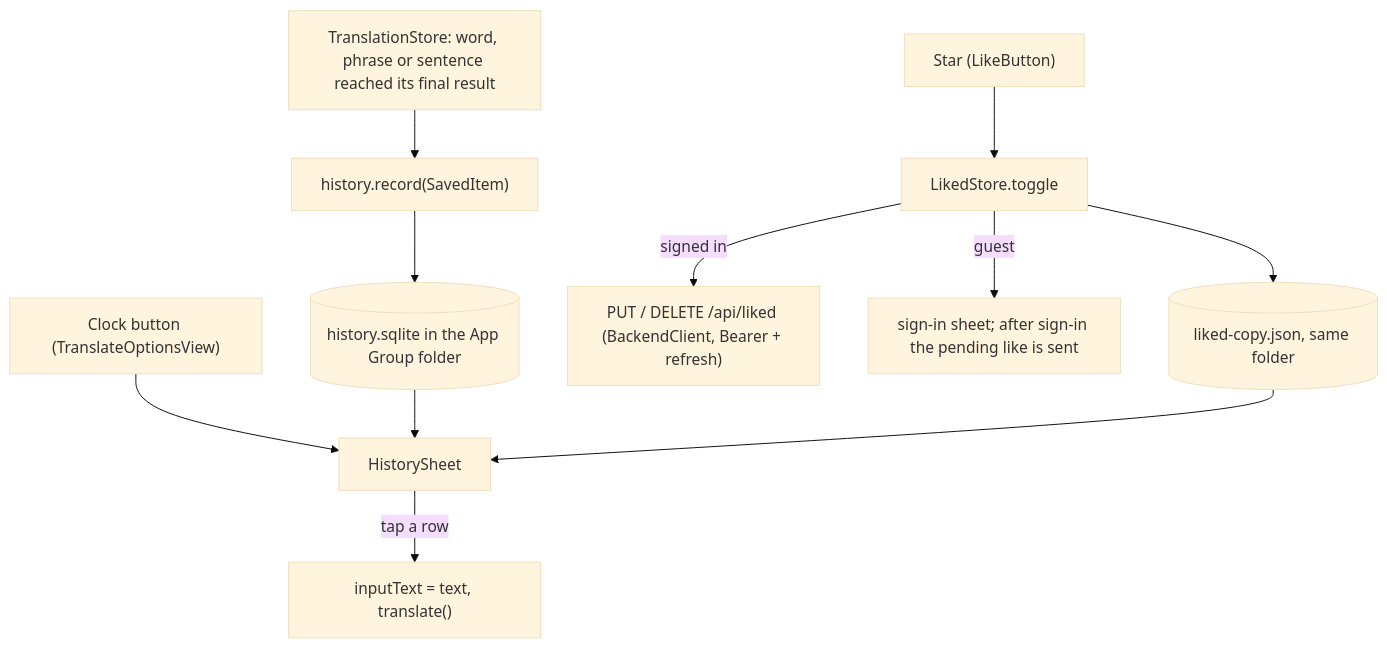
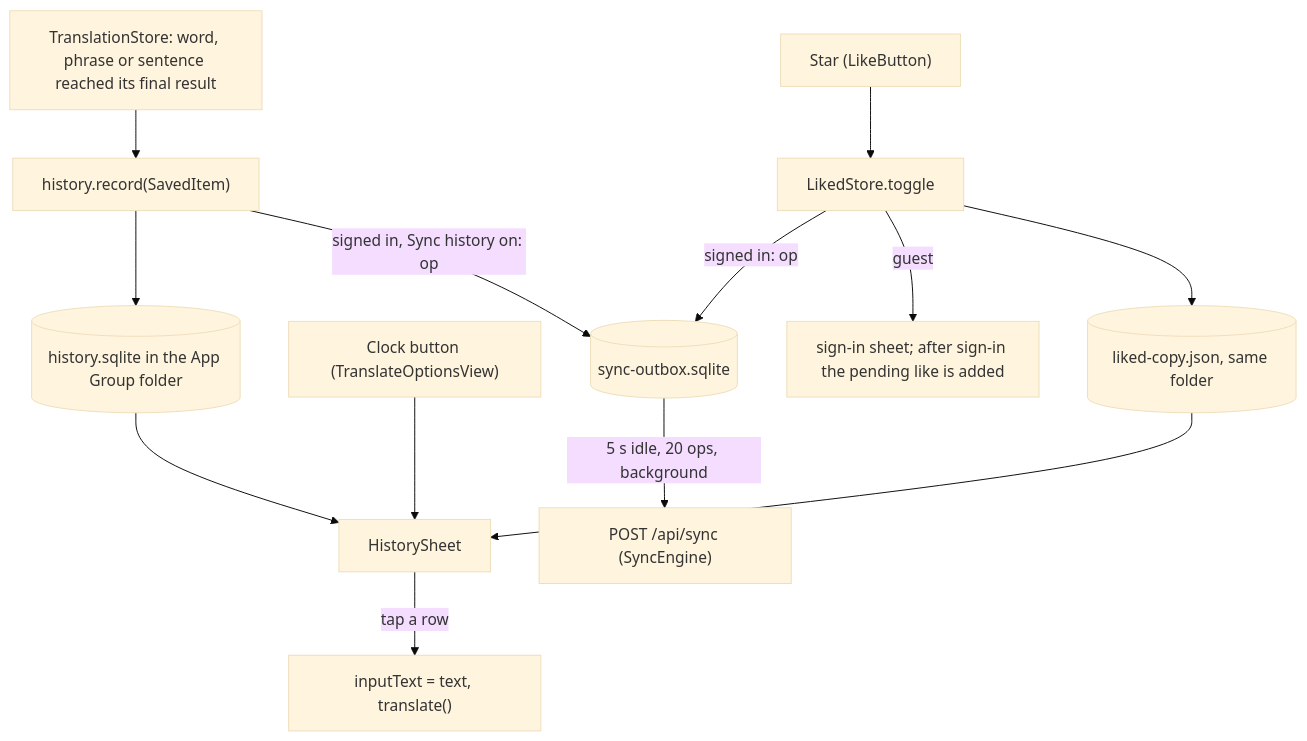
Before and after one commit to tranphuocloc070699/saynata-old: the first of 3 diagrams in backlog/docs/features/doc-22 - History-and-Liked.md, drawn with Mermaid (base theme). The commit also changed other lines of this file and 20 other files, not shown here.

Commit message:
TASK-93.4: iOS/Mac local-first sync (outbox, engine, account settings, Sync history switch)

````diff
--- a/backlog/docs/features/doc-22 - History-and-Liked.md
+++ b/backlog/docs/features/doc-22 - History-and-Liked.md
@@ -26,13 +26,15 @@
 ```mermaid
 flowchart TD
     RESULT["TranslationStore: word, phrase or sentence reached its final result"] --> REC["history.record(SavedItem)"]
     REC --> DB[("history.sqlite in the App Group folder")]
     CLOCK["Clock button (TranslateOptionsView)"] --> SHEET["HistorySheet"]
     DB --> SHEET
     STAR["Star (LikeButton)"] --> LIKED["LikedStore.toggle"]
-    LIKED -- "signed in" --> API["PUT / DELETE /api/liked (BackendClient, Bearer + refresh)"]
-    LIKED -- "guest" --> SIGNIN["sign-in sheet; after sign-in the pending like is sent"]
+    LIKED -- "signed in: op" --> OUTBOX[("sync-outbox.sqlite")]
+    REC -- "signed in, Sync history on: op" --> OUTBOX
+    OUTBOX -- "5 s idle, 20 ops, background" --> API["POST /api/sync (SyncEngine)"]
+    LIKED -- "guest" --> SIGNIN["sign-in sheet; after sign-in the pending like is added"]
     LIKED --> COPY[("liked-copy.json, same folder")]
     COPY --> SHEET
     SHEET -- "tap a row" --> SEARCH["inputText = text, translate()"]
 ```
````
